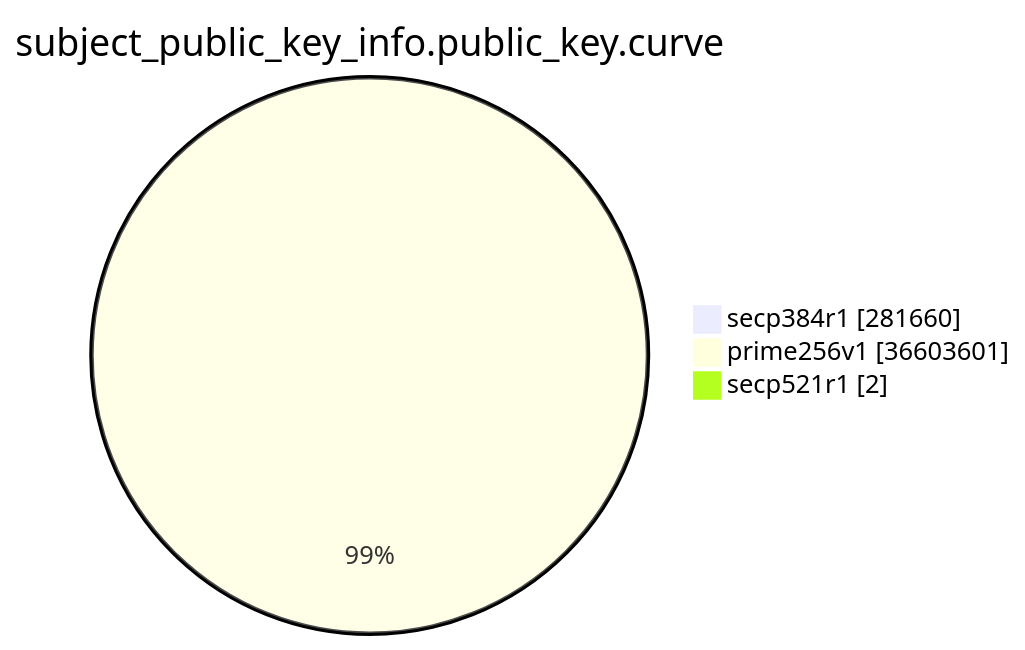
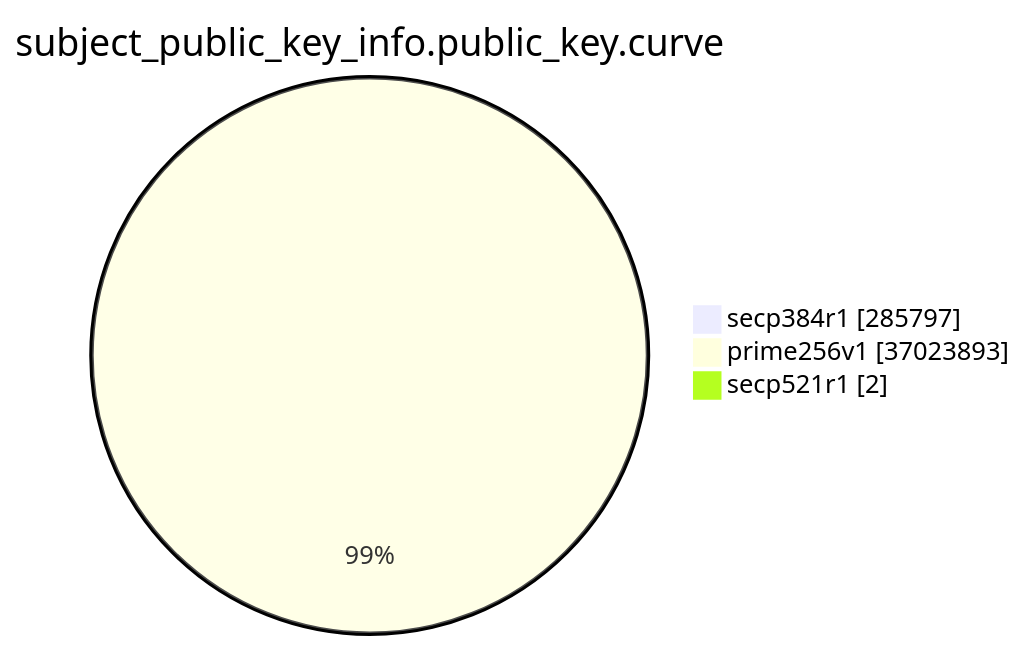
One commit to christiankrug/ctmonitor_visualization changed the eighth of 15 diagrams in xenon2023/README.md. Above: the diagram before and after it, drawn with Mermaid. The commit also changed other lines of this file, not shown here.

````diff
--- a/xenon2023/README.md
+++ b/xenon2023/README.md
@@ -2152,7 +2152,7 @@
 ```mermaid
 pie showData
 title subject_public_key_info.public_key.curve
-"secp384r1" :281660
-"prime256v1" :36603601
+"secp384r1" :285797
+"prime256v1" :37023893
 "secp521r1" :2
 ```
````
